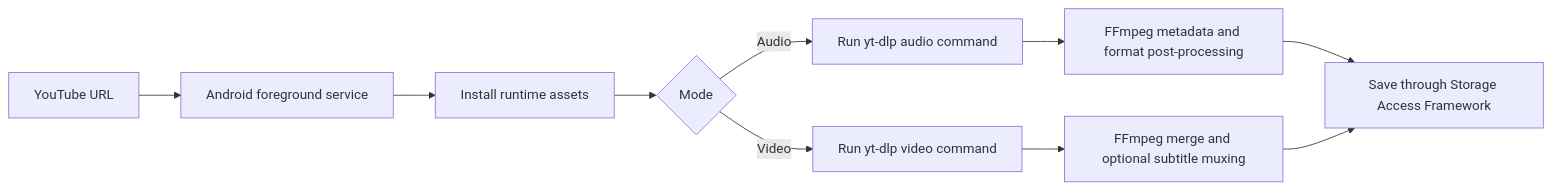
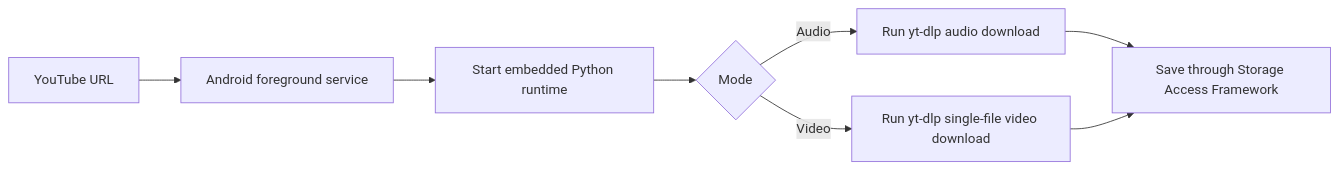
The first of 2 diagrams in README.md (hojin-v/YTET-Android), drawn with Mermaid before and after one commit. The commit also changed other lines of this file and 15 other files, not shown here.

Commit message:
Embed yt-dlp runtime for Android extraction

````diff
--- a/README.md
+++ b/README.md
@@ -125,12 +123,10 @@
 ```mermaid
 flowchart LR
     A[YouTube URL] --> B[Android foreground service]
-    B --> C[Install runtime assets]
+    B --> C[Start embedded Python runtime]
     C --> D{Mode}
-    D -->|Audio| E[Run yt-dlp audio command]
-    E --> F[FFmpeg metadata and format post-processing]
-    F --> G[Save through Storage Access Framework]
-    D -->|Video| H[Run yt-dlp video command]
-    H --> I[FFmpeg merge and optional subtitle muxing]
-    I --> G
+    D -->|Audio| E[Run yt-dlp audio download]
+    D -->|Video| F[Run yt-dlp single-file video download]
+    E --> G[Save through Storage Access Framework]
+    F --> G
 ```
````
